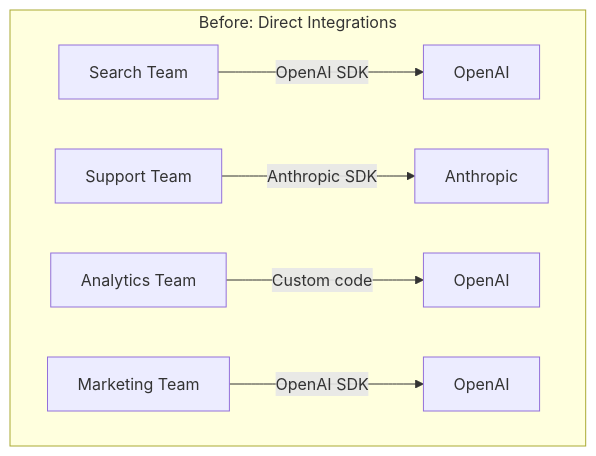
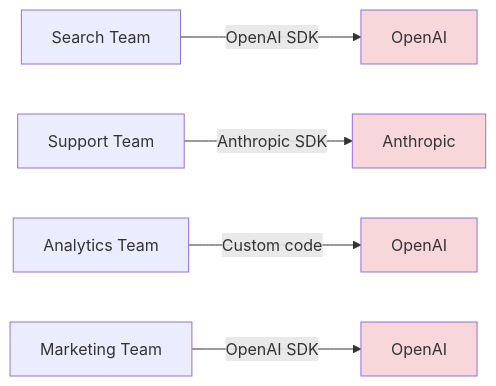
Before and after one commit to deepanshululla/deepanshululla.github.io: the second of 3 diagrams in public/blogs/staff-engineers-path-create-shared-understanding.md, drawn with Mermaid. The commit also changed other lines of this file and 5 other files, not shown here.

````diff
--- a/public/blogs/staff-engineers-path-create-shared-understanding.md
+++ b/public/blogs/staff-engineers-path-create-shared-understanding.md
@@ -58,9 +60,11 @@
 ```mermaid
-graph TD
-    subgraph Before: Direct Integrations
-        T1[Search Team] -->|OpenAI SDK| O1[OpenAI]
-        T2[Support Team] -->|Anthropic SDK| A1[Anthropic]
-        T3[Analytics Team] -->|Custom code| O2[OpenAI]
-        T4[Marketing Team] -->|OpenAI SDK| O3[OpenAI]
-    end
+graph LR
+    T1[Search Team] -->|OpenAI SDK| O1[OpenAI]
+    T2[Support Team] -->|Anthropic SDK| A1[Anthropic]
+    T3[Analytics Team] -->|Custom code| O2[OpenAI]
+    T4[Marketing Team] -->|OpenAI SDK| O3[OpenAI]
+    style O1 fill:#f8d7da
+    style A1 fill:#f8d7da
+    style O2 fill:#f8d7da
+    style O3 fill:#f8d7da
 ```
````
